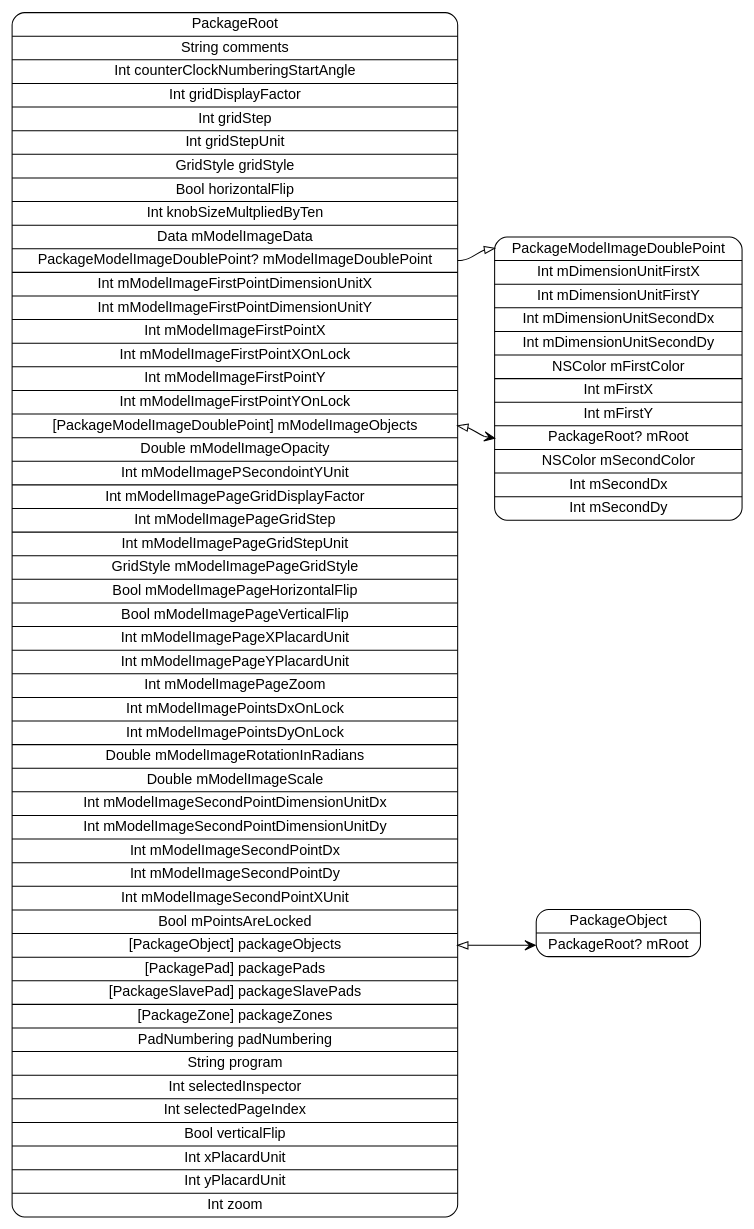
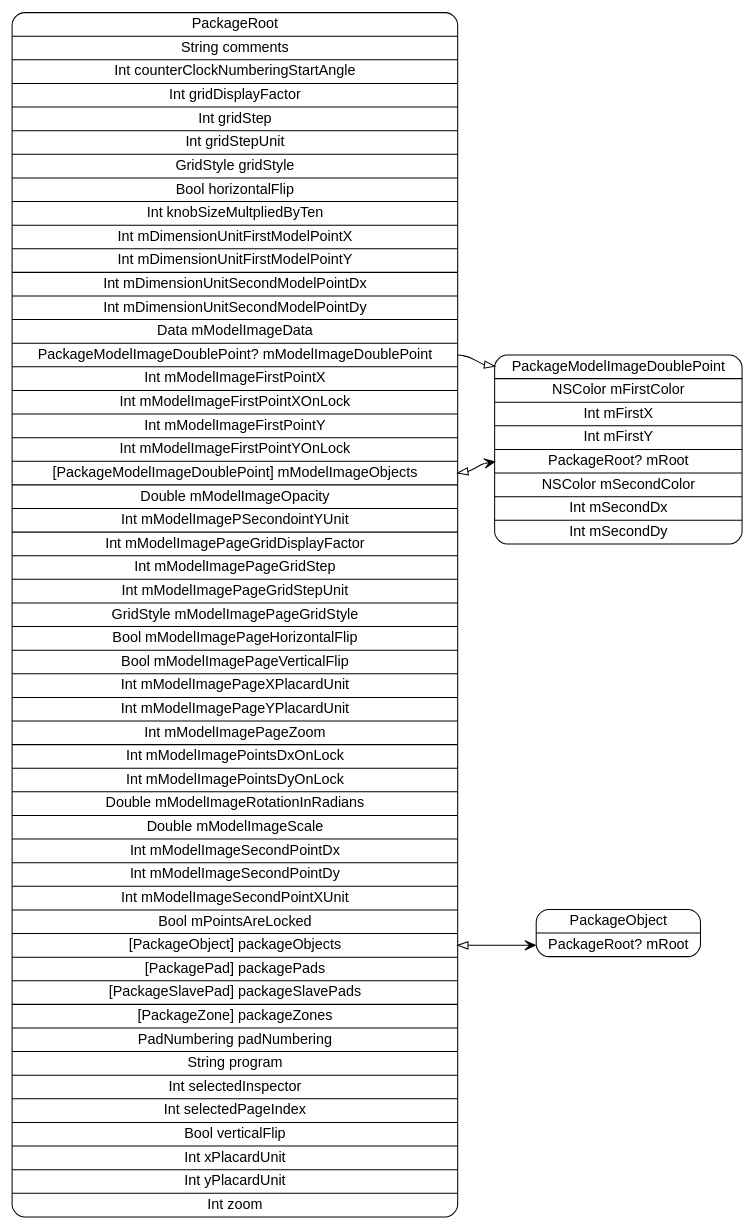
The diagram in models/PackageRoot.dot (pierremolinaro/ElCanari-dev), drawn with Graphviz before and after one commit. The commit also changed 30 other files, not shown here.

```diff
--- a/models/PackageRoot.dot
+++ b/models/PackageRoot.dot
@@ -1,10 +1,10 @@
 digraph G {
   rankdir=LR ;
   node [shape=record fontname=helvetica style=rounded] ;
-  PackageRoot[label="<PackageRoot>PackageRoot|String comments|Int counterClockNumberingStartAngle|Int gridDisplayFactor|Int gridStep|Int gridStepUnit|GridStyle gridStyle|Bool horizontalFlip|Int knobSizeMultpliedByTen|Data mModelImageData|<mModelImageDoublePoint>PackageModelImageDoublePoint? mModelImageDoublePoint|Int mModelImageFirstPointDimensionUnitX|Int mModelImageFirstPointDimensionUnitY|Int mModelImageFirstPointX|Int mModelImageFirstPointXOnLock|Int mModelImageFirstPointY|Int mModelImageFirstPointYOnLock|<mModelImageObjects>[PackageModelImageDoublePoint] mModelImageObjects|Double mModelImageOpacity|Int mModelImagePSecondointYUnit|Int mModelImagePageGridDisplayFactor|Int mModelImagePageGridStep|Int mModelImagePageGridStepUnit|GridStyle mModelImagePageGridStyle|Bool mModelImagePageHorizontalFlip|Bool mModelImagePageVerticalFlip|Int mModelImagePageXPlacardUnit|Int mModelImagePageYPlacardUnit|Int mModelImagePageZoom|Int mModelImagePointsDxOnLock|Int mModelImagePointsDyOnLock|Double mModelImageRotationInRadians|Double mModelImageScale|Int mModelImageSecondPointDimensionUnitDx|Int mModelImageSecondPointDimensionUnitDy|Int mModelImageSecondPointDx|Int mModelImageSecondPointDy|Int mModelImageSecondPointXUnit|Bool mPointsAreLocked|<packageObjects>[PackageObject] packageObjects|<packagePads>[PackagePad] packagePads|<packageSlavePads>[PackageSlavePad] packageSlavePads|<packageZones>[PackageZone] packageZones|PadNumbering padNumbering|String program|Int selectedInspector|Int selectedPageIndex|Bool verticalFlip|Int xPlacardUnit|Int yPlacardUnit|Int zoom"] ;
+  PackageRoot[label="<PackageRoot>PackageRoot|String comments|Int counterClockNumberingStartAngle|Int gridDisplayFactor|Int gridStep|Int gridStepUnit|GridStyle gridStyle|Bool horizontalFlip|Int knobSizeMultpliedByTen|Int mDimensionUnitFirstModelPointX|Int mDimensionUnitFirstModelPointY|Int mDimensionUnitSecondModelPointDx|Int mDimensionUnitSecondModelPointDy|Data mModelImageData|<mModelImageDoublePoint>PackageModelImageDoublePoint? mModelImageDoublePoint|Int mModelImageFirstPointX|Int mModelImageFirstPointXOnLock|Int mModelImageFirstPointY|Int mModelImageFirstPointYOnLock|<mModelImageObjects>[PackageModelImageDoublePoint] mModelImageObjects|Double mModelImageOpacity|Int mModelImagePSecondointYUnit|Int mModelImagePageGridDisplayFactor|Int mModelImagePageGridStep|Int mModelImagePageGridStepUnit|GridStyle mModelImagePageGridStyle|Bool mModelImagePageHorizontalFlip|Bool mModelImagePageVerticalFlip|Int mModelImagePageXPlacardUnit|Int mModelImagePageYPlacardUnit|Int mModelImagePageZoom|Int mModelImagePointsDxOnLock|Int mModelImagePointsDyOnLock|Double mModelImageRotationInRadians|Double mModelImageScale|Int mModelImageSecondPointDx|Int mModelImageSecondPointDy|Int mModelImageSecondPointXUnit|Bool mPointsAreLocked|<packageObjects>[PackageObject] packageObjects|<packagePads>[PackagePad] packagePads|<packageSlavePads>[PackageSlavePad] packageSlavePads|<packageZones>[PackageZone] packageZones|PadNumbering padNumbering|String program|Int selectedInspector|Int selectedPageIndex|Bool verticalFlip|Int xPlacardUnit|Int yPlacardUnit|Int zoom"] ;
   PackageObject[label="<PackageObject>PackageObject|<mRoot>PackageRoot? mRoot"] ;
-  PackageModelImageDoublePoint[label="<PackageModelImageDoublePoint>PackageModelImageDoublePoint|Int mDimensionUnitFirstX|Int mDimensionUnitFirstY|Int mDimensionUnitSecondDx|Int mDimensionUnitSecondDy|NSColor mFirstColor|Int mFirstX|Int mFirstY|<mRoot>PackageRoot? mRoot|NSColor mSecondColor|Int mSecondDx|Int mSecondDy"] ;
+  PackageModelImageDoublePoint[label="<PackageModelImageDoublePoint>PackageModelImageDoublePoint|NSColor mFirstColor|Int mFirstX|Int mFirstY|<mRoot>PackageRoot? mRoot|NSColor mSecondColor|Int mSecondDx|Int mSecondDy"] ;
   PackageRoot:mModelImageDoublePoint -> PackageModelImageDoublePoint:PackageModelImageDoublePoint [dir=both arrowtail=none arrowhead=onormal] ;
   PackageRoot:mModelImageObjects -> PackageModelImageDoublePoint:mRoot [dir=both arrowtail=onormal arrowhead=vee] ;
   PackageRoot:packageObjects -> PackageObject:mRoot [dir=both arrowtail=onormal arrowhead=vee] ;
 }
```
